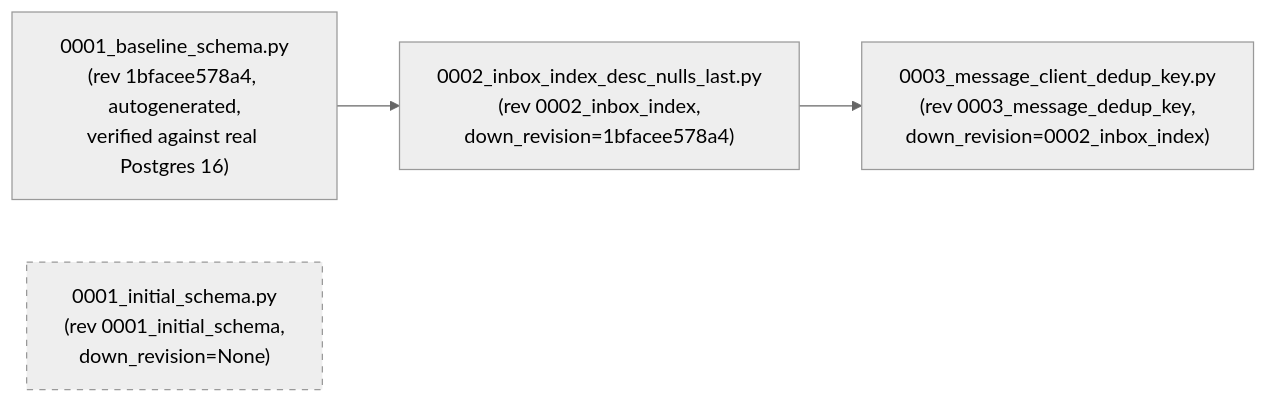
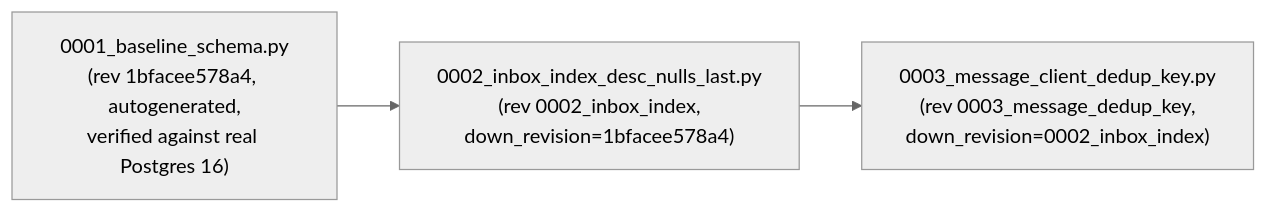
One commit to RafaelOjeda/A2Z-Core changed the second of 2 diagrams in docs/services/omnichannel/data-model.md. Above: the diagram before and after it, drawn with Mermaid (neutral theme). The commit also changed other lines of this file and 3 other files, not shown here.

````diff
--- a/docs/services/omnichannel/data-model.md
+++ b/docs/services/omnichannel/data-model.md
@@ -155,7 +155,5 @@
 ```mermaid
 flowchart LR
     Baseline["0001_baseline_schema.py\n(rev 1bfacee578a4, autogenerated,\nverified against real Postgres 16)"] --> Fix["0002_inbox_index_desc_nulls_last.py\n(rev 0002_inbox_index,\ndown_revision=1bfacee578a4)"]
     Fix --> Dedup["0003_message_client_dedup_key.py\n(rev 0003_message_dedup_key,\ndown_revision=0002_inbox_index)"]
-    Orphan["0001_initial_schema.py\n(rev 0001_initial_schema,\ndown_revision=None)"]
-    style Orphan stroke-dasharray: 5 5
 ```
````
